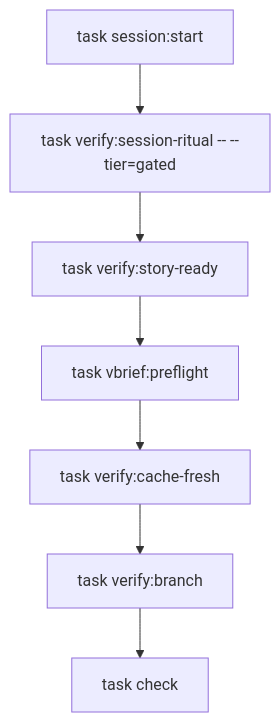
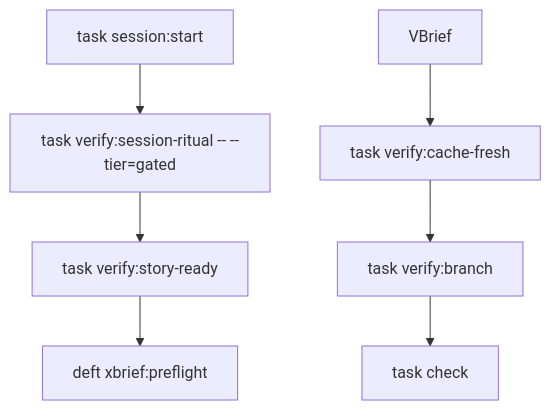
The fourth of 5 diagrams in content/commands.md (dbcall2/directive), drawn with Mermaid before and after one commit. The commit also changed other lines of this file and 44 other files, not shown here.

````diff
--- a/content/commands.md
+++ b/content/commands.md
@@ -174,9 +179,9 @@
 ```mermaid
 flowchart TD
     Session["task session:start"] --> Ritual["task verify:session-ritual -- --tier=gated"]
     Ritual --> Story["task verify:story-ready"]
-    Story --> VBrief["task vbrief:preflight"]
+    Story --> XBrief["deft xbrief:preflight"]
     VBrief --> Cache["task verify:cache-fresh"]
     Cache --> Branch["task verify:branch"]
     Branch --> Check["task check"]
 ```
````
